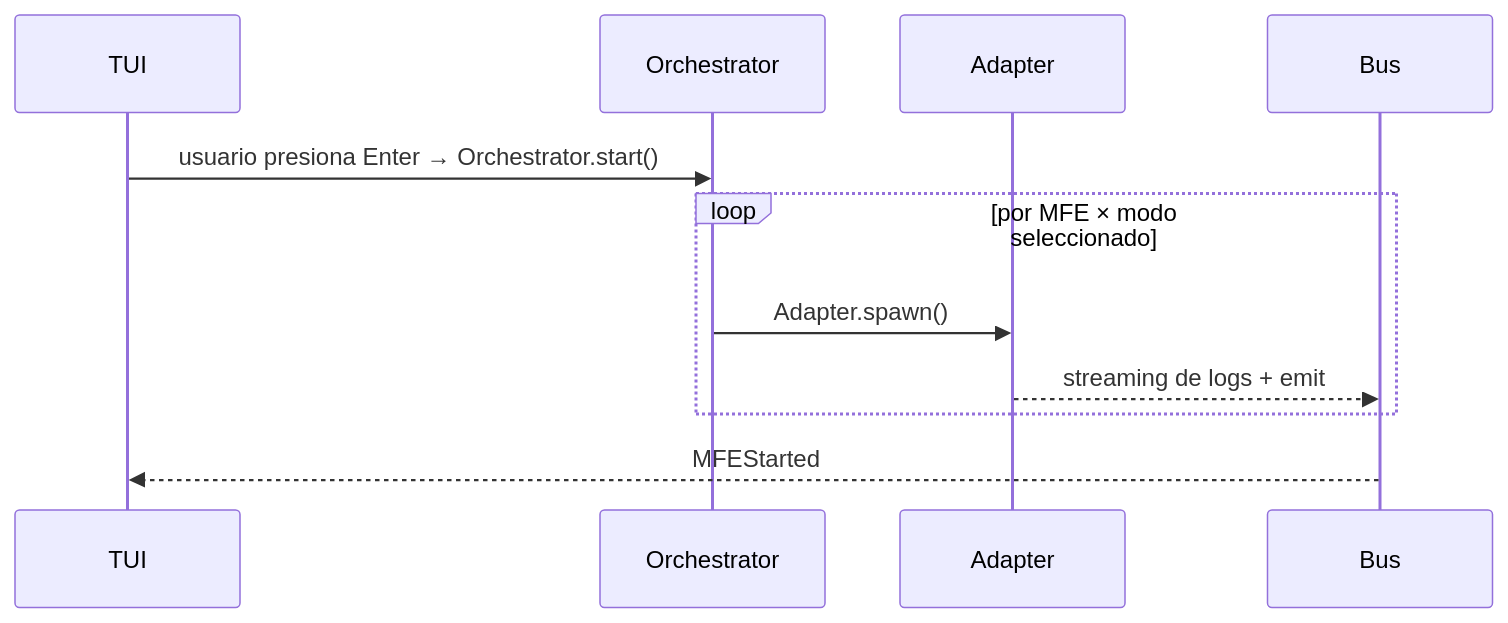
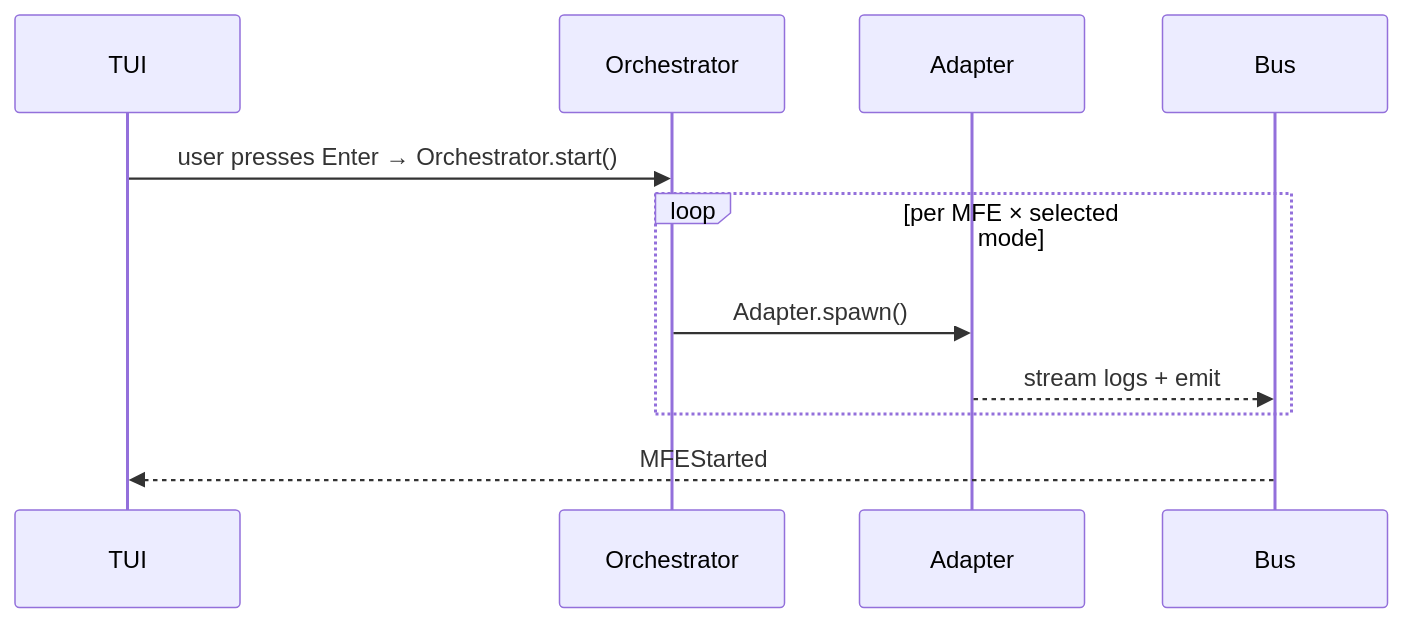
One commit to EKOU-Solutions/ekou-devtools changed the third of 5 diagrams in docs/architecture.md. Above: the diagram before and after it, drawn with Mermaid. The commit also changed other lines of this file and 1 other file, not shown here.

First line of the commit message:
docs: translate architecture and README to English

````diff
--- a/docs/architecture.md
+++ b/docs/architecture.md
@@ -105,14 +105,14 @@
 ```mermaid
 sequenceDiagram
     participant TUI
     participant Orchestrator
     participant Adapter
     participant Bus
 
-    TUI->>Orchestrator: usuario presiona Enter → Orchestrator.start()
-    loop por MFE × modo seleccionado
+    TUI->>Orchestrator: user presses Enter → Orchestrator.start()
+    loop per MFE × selected mode
         Orchestrator->>Adapter: Adapter.spawn()
-        Adapter-->>Bus: streaming de logs + emit
+        Adapter-->>Bus: stream logs + emit
     end
     Bus-->>TUI: MFEStarted
 ```
````
